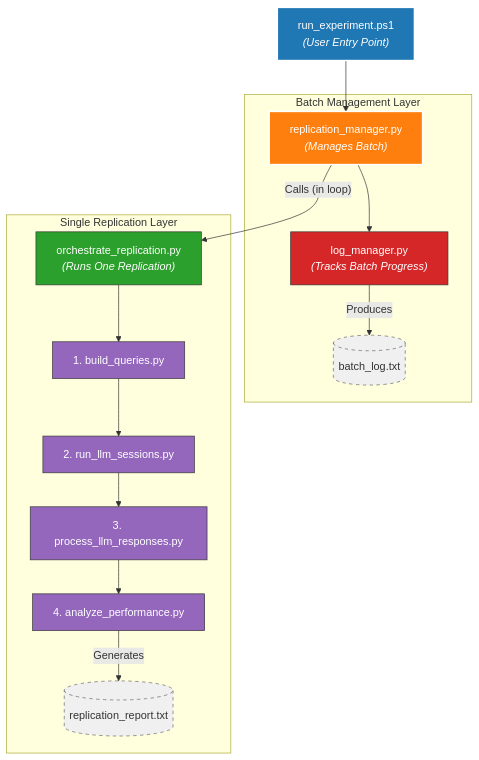
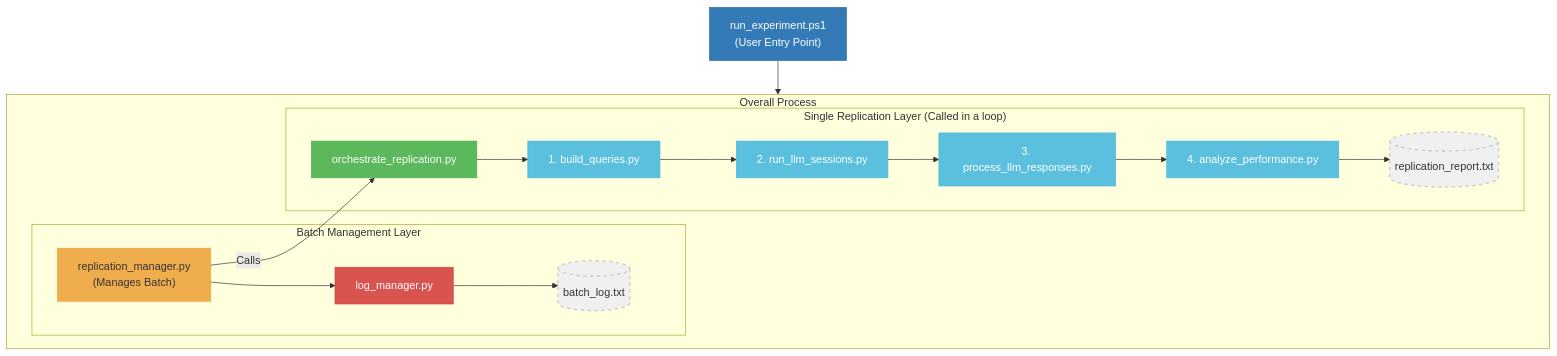
Before and after one commit to peterjmarko/llm-narrative-framework: the diagram in docs/diagrams/architecture_workflow_1_run_experiment.mmd, drawn with Mermaid. The commit also changed 22 other files, not shown here.

```diff
--- a/docs/diagrams/architecture_workflow_1_run_experiment.mmd
+++ b/docs/diagrams/architecture_workflow_1_run_experiment.mmd
@@ -1,37 +1,46 @@
-graph TD;
+graph TD
+    %% 1. Define all nodes first
+    EntryPoint["run_experiment.ps1<br/>(User Entry Point)"]:::entry
+    BatchManager["replication_manager.py<br/>(Manages Batch)"]:::layer_orange
+    LogManager["log_manager.py"]:::danger
+    BatchLog[("batch_log.txt")]:::artifact
+    
+    ReplicationOrchestrator["orchestrate_replication.py"]:::layer_green
+    BuildQueries["1. build_queries.py"]:::script
+    RunSessions["2. run_llm_sessions.py"]:::script
+    ProcessResponses["3. process_llm_responses.py"]:::script
+    AnalyzePerformance["4. analyze_performance.py"]:::script
+    ReplicationReport[("replication_report.txt")]:::artifact
 
-    %% --- Style Definitions (Based on Original Palette) ---
-    classDef WorkflowEntry fill:#1f77b4,stroke:#fff,stroke-width:2px,color:#fff;
-    classDef ReplicationManager fill:#ff7f0e,stroke:#fff,stroke-width:2px,color:#fff;
-    classDef Orchestrator fill:#2ca02c,stroke:#333,stroke-width:1px,color:#fff;
-    classDef StageScript fill:#9467bd,stroke:#333,stroke-width:1px,color:#fff;
-    classDef Utility fill:#d62728,stroke:#333,stroke-width:1px,color:#fff;
-    classDef DataArtifact fill:#f0f0f0,stroke:#666,stroke-width:1px,stroke-dasharray: 5 5,color:#333;
+    %% 2. Define connections
+    EntryPoint --> BatchManager
+    BatchManager -- "Calls" --> ReplicationOrchestrator
+    BatchManager --> LogManager --> BatchLog
+    ReplicationOrchestrator --> BuildQueries --> RunSessions --> ProcessResponses --> AnalyzePerformance --> ReplicationReport
 
-    %% === Nodes & Connections for the Normal Run Workflow ===
-    run_exp["run_experiment.ps1<br/><i>(User Entry Point)</i>"]:::WorkflowEntry;
-
-    subgraph "Batch Management Layer"
-        rep_man["replication_manager.py<br/><i>(Manages Batch)</i>"]:::ReplicationManager;
-        log_man["log_manager.py<br/><i>(Tracks Batch Progress)</i>"]:::Utility;
-        batch_log[("batch_log.txt")]:::DataArtifact;
-    end
-    
-    subgraph "Single Replication Layer"
-        orch["orchestrate_replication.py<br/><i>(Runs One Replication)</i>"]:::Orchestrator;
-        stage1["1. build_queries.py"]:::StageScript;
-        stage2["2. run_llm_sessions.py"]:::StageScript;
-        stage3["3. process_llm_responses.py"]:::StageScript;
-        stage4["4. analyze_performance.py"]:::StageScript;
-        replication_report[("replication_report.txt")]:::DataArtifact;
+    %% 3. Group nodes into subgraphs using their IDs
+    subgraph "Overall Process"
+        direction LR
+        subgraph "Batch Management Layer"
+            BatchManager
+            LogManager
+            BatchLog
+        end
+        
+        subgraph "Single Replication Layer (Called in a loop)"
+            ReplicationOrchestrator
+            BuildQueries
+            RunSessions
+            ProcessResponses
+            AnalyzePerformance
+            ReplicationReport
+        end
     end
 
-    %% --- Top Level Connections ---
-    run_exp --> rep_man;
-    rep_man -->|"Calls (in loop)"| orch;
-    rep_man --> log_man;
-    log_man -->|Produces| batch_log;
-
-    %% --- Single Replication Connections ---
-    orch --> stage1 --> stage2 --> stage3 --> stage4;
-    stage4 -->|Generates| replication_report;
+    %% 4. Styling
+    classDef entry fill:#337ab7,stroke:#2e6da4,color:#fff;
+    classDef layer_orange fill:#f0ad4e,stroke:#eea236,color:#333;
+    classDef layer_green fill:#5cb85c,stroke:#4cae4c,color:#fff;
+    classDef script fill:#5bc0de,stroke:#46b8da,color:#fff;
+    classDef danger fill:#d9534f,stroke:#d43f3a,color:#fff;
+    classDef artifact fill:#f0f0f0,stroke:#ccc,stroke-width:2px,stroke-dasharray: 5 5;
```
